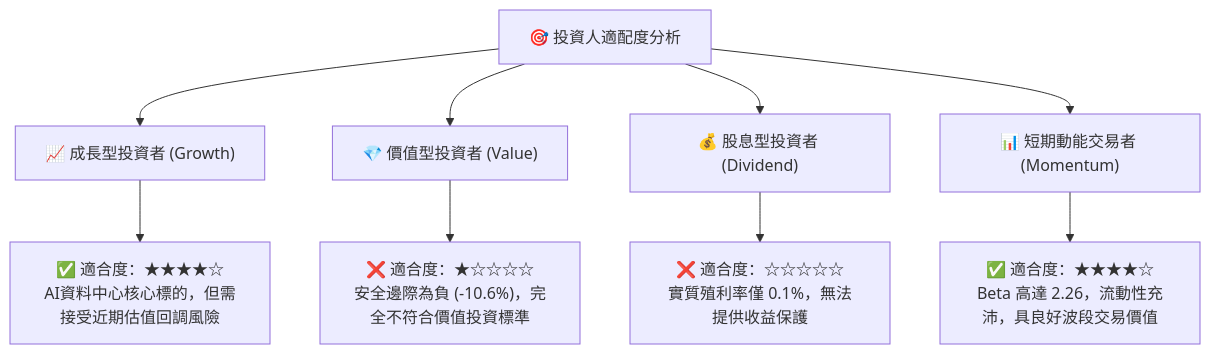
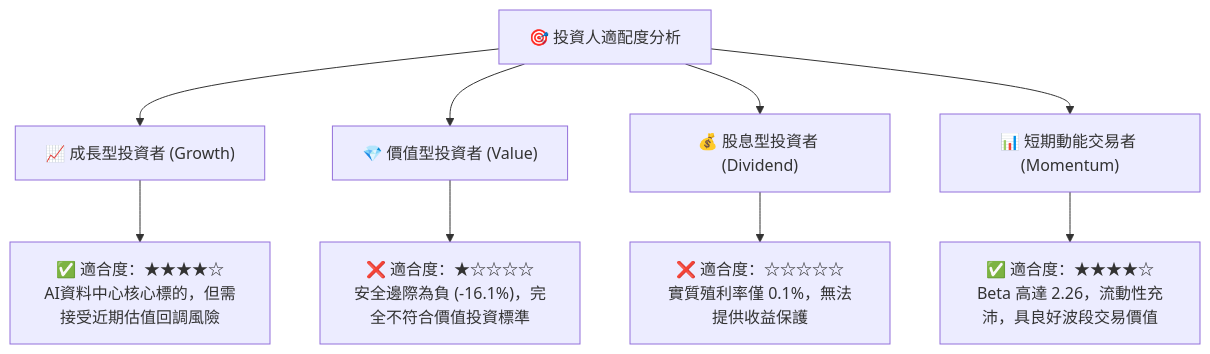
Before and after one commit to yennanliu/finance_data: diagram 15 of 15 in ai_gen_report/fundamental/mrvl/fundamental_analysis_2026-10-12_gemini.md, drawn with Mermaid. The commit also changed other lines of this file and 339 other files, not shown here.

````diff
--- a/ai_gen_report/fundamental/mrvl/fundamental_analysis_2026-10-12_gemini.md
+++ b/ai_gen_report/fundamental/mrvl/fundamental_analysis_2026-10-12_gemini.md
@@ -1113,14 +1128,14 @@
 ```mermaid
 graph TD
     INV["🎯 投資人適配度分析"]
 
     INV --> G["📈 成長型投資者 (Growth)"]
     INV --> V["💎 價值型投資者 (Value)"]
     INV --> D["💰 股息型投資者 (Dividend)"]
     INV --> T["📊 短期動能交易者 (Momentum)"]
 
     G --> G1["✅ 適合度：★★★★☆<br/>AI資料中心核心標的，但需接受近期估值回調風險"]
-    V --> V1["❌ 適合度：★☆☆☆☆<br/>安全邊際為負 (-10.6%)，完全不符合價值投資標準"]
+    V --> V1["❌ 適合度：★☆☆☆☆<br/>安全邊際為負 (-16.1%)，完全不符合價值投資標準"]
     D --> D1["❌ 適合度：☆☆☆☆☆<br/>實質殖利率僅 0.1%，無法提供收益保護"]
     T --> T1["✅ 適合度：★★★★☆<br/>Beta 高達 2.26，流動性充沛，具良好波段交易價值"]
 ```
````
